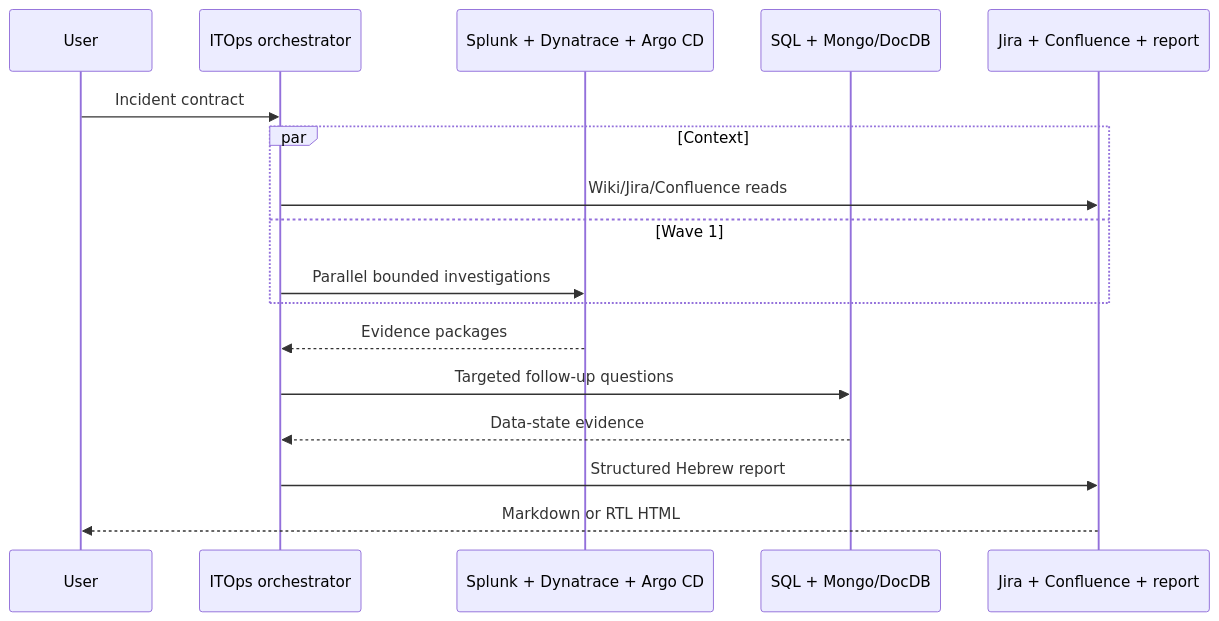
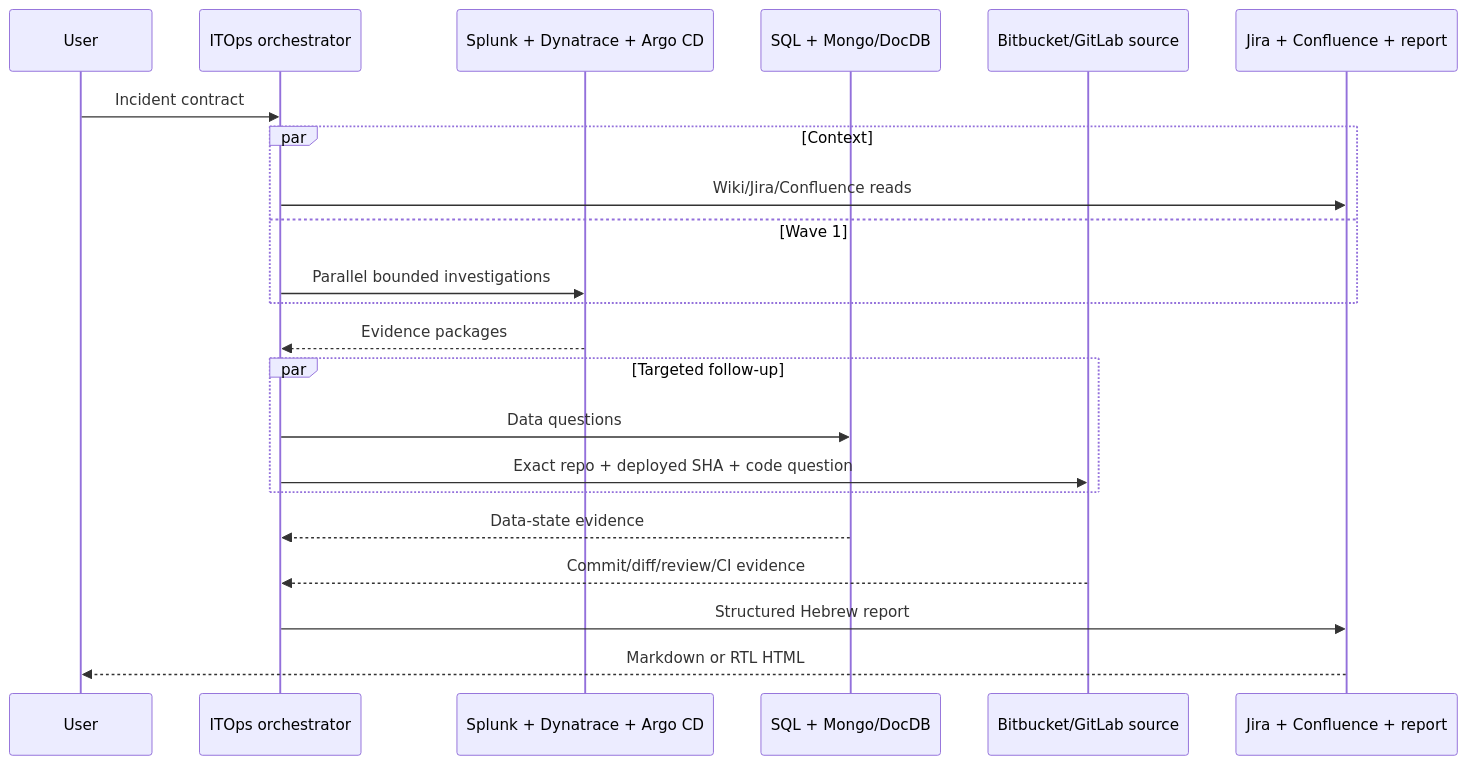
Before and after one commit to idan00189/itops-kiro-harness: the diagram in docs/ARCHITECTURE.md, drawn with Mermaid. The commit also changed other lines of this file and 28 other files, not shown here.

Commit message:
Add Bitbucket and GitLab source investigator

````diff
--- a/docs/ARCHITECTURE.md
+++ b/docs/ARCHITECTURE.md
@@ -9,19 +9,24 @@
 ```mermaid
 sequenceDiagram
     participant User
     participant O as ITOps orchestrator
     participant Obs as Splunk + Dynatrace + Argo CD
     participant DB as SQL + Mongo/DocDB
+    participant Code as Bitbucket/GitLab source
     participant Core as Jira + Confluence + report
     User->>O: Incident contract
     par Context
         O->>Core: Wiki/Jira/Confluence reads
     and Wave 1
         O->>Obs: Parallel bounded investigations
     end
     Obs-->>O: Evidence packages
-    O->>DB: Targeted follow-up questions
+    par Targeted follow-up
+        O->>DB: Data questions
+        O->>Code: Exact repo + deployed SHA + code question
+    end
     DB-->>O: Data-state evidence
+    Code-->>O: Commit/diff/review/CI evidence
     O->>Core: Structured Hebrew report
     Core-->>User: Markdown or RTL HTML
 ```
````
